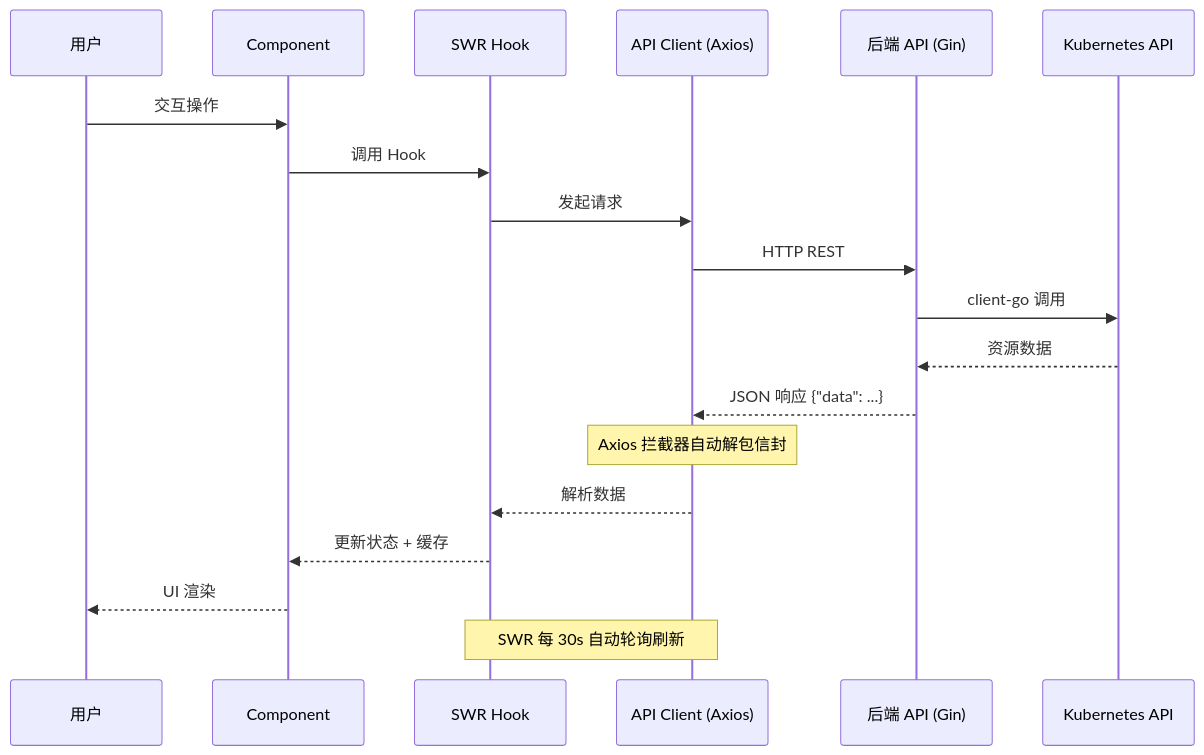
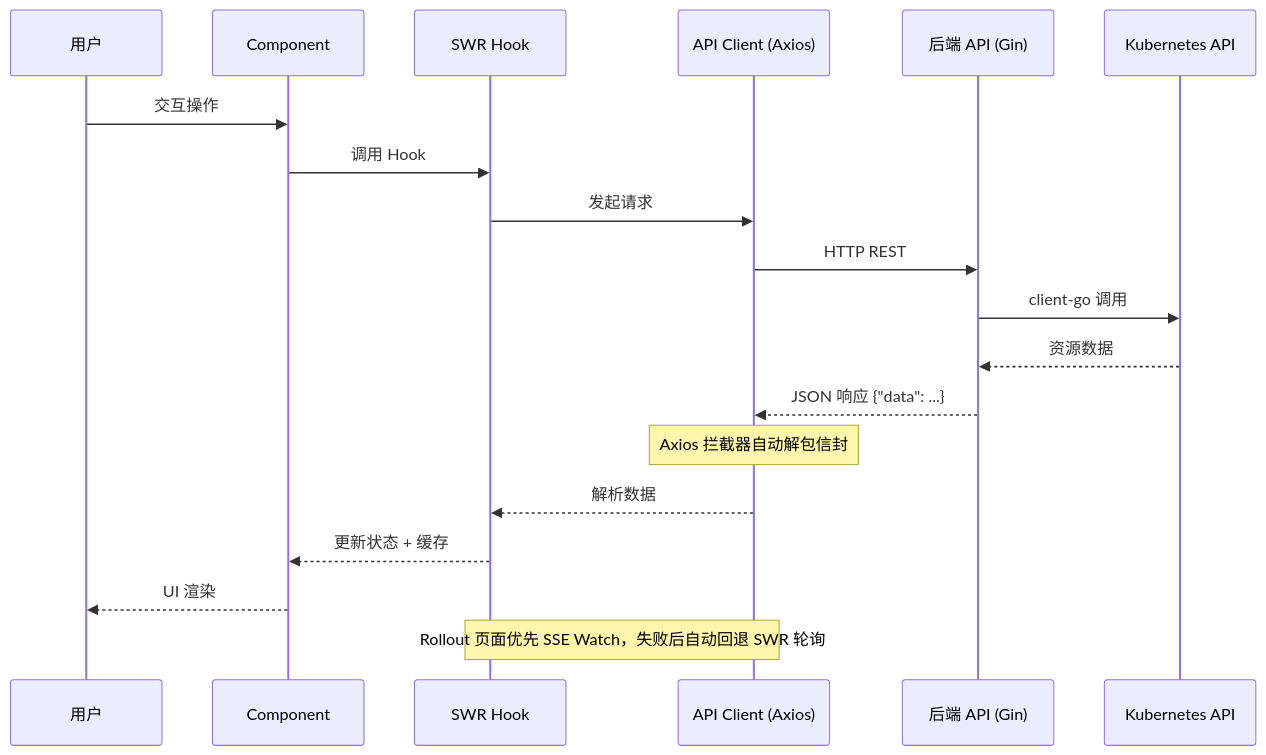
Before and after one commit to haomingz/kruise-dashboard: the fourth of 4 diagrams in docs/architecture.md, drawn with Mermaid. The commit also changed other lines of this file and 6 other files, not shown here.

````diff
--- a/docs/architecture.md
+++ b/docs/architecture.md
@@ -186,23 +188,23 @@
 ```mermaid
 sequenceDiagram
     participant User as 用户
     participant Comp as Component
     participant Hook as SWR Hook
     participant Api as API Client (Axios)
     participant Backend as 后端 API (Gin)
     participant K8s as Kubernetes API
 
     User->>Comp: 交互操作
     Comp->>Hook: 调用 Hook
     Hook->>Api: 发起请求
     Api->>Backend: HTTP REST
     Backend->>K8s: client-go 调用
     K8s-->>Backend: 资源数据
     Backend-->>Api: JSON 响应 {"data": ...}
     Note over Api: Axios 拦截器自动解包信封
     Api-->>Hook: 解析数据
     Hook-->>Comp: 更新状态 + 缓存
     Comp-->>User: UI 渲染
 
-    Note over Hook,Api: SWR 每 30s 自动轮询刷新
+    Note over Hook,Api: Rollout 页面优先 SSE Watch，失败后自动回退 SWR 轮询
 ```
````
